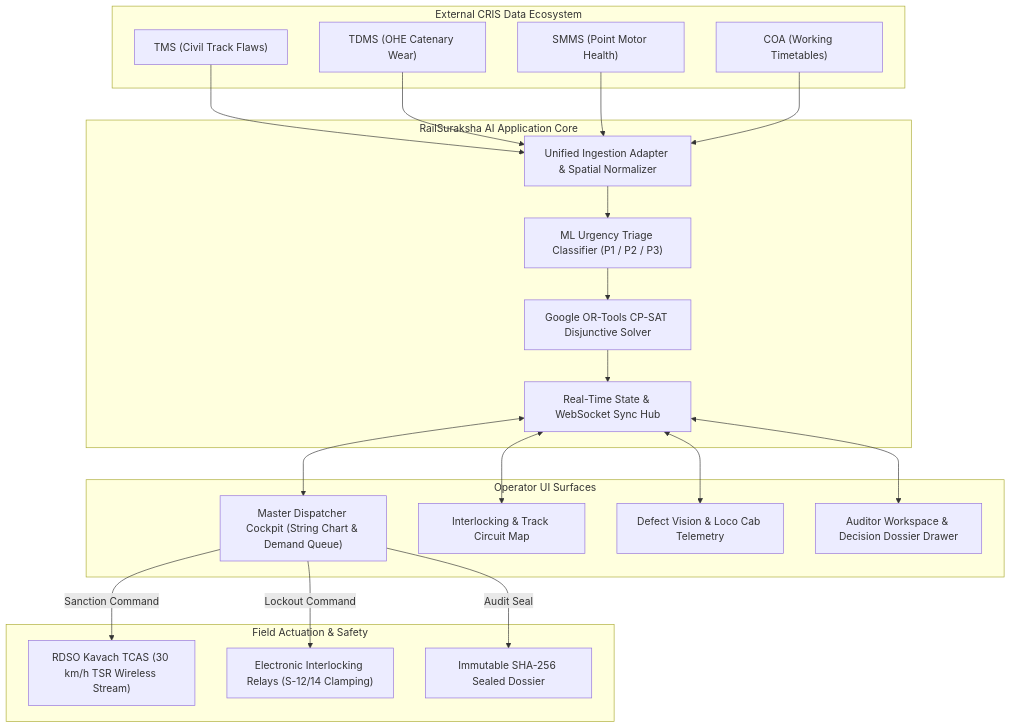
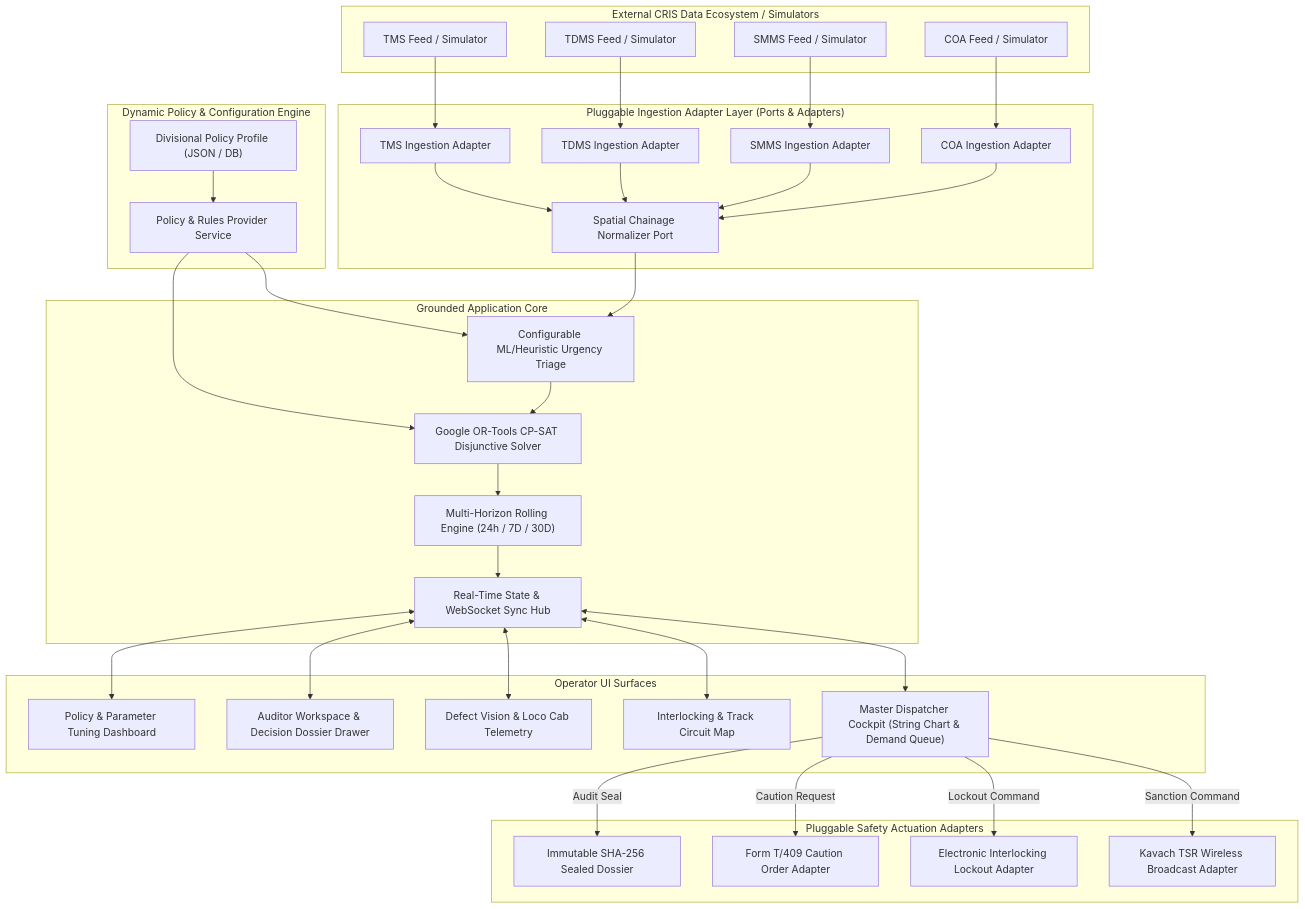
The diagram in docs/05_information_architecture.md (ritam413/RailSuraksha-AI-), drawn with Mermaid before and after one commit. The commit also changed other lines of this file and 368 other files, not shown here.

````diff
--- a/docs/05_information_architecture.md
+++ b/docs/05_information_architecture.md
@@ -49,47 +50,74 @@
 ```mermaid
 graph TD
-    subgraph "External CRIS Data Ecosystem"
-        TMS["TMS (Civil Track Flaws)"]
-        TDMS["TDMS (OHE Catenary Wear)"]
-        SMMS["SMMS (Point Motor Health)"]
-        COA["COA (Working Timetables)"]
+    subgraph "External CRIS Data Ecosystem / Simulators"
+        TMS["TMS Feed / Simulator"]
+        TDMS["TDMS Feed / Simulator"]
+        SMMS["SMMS Feed / Simulator"]
+        COA["COA Feed / Simulator"]
     end
 
-    subgraph "RailSuraksha AI Application Core"
-        Ingest["Unified Ingestion Adapter & Spatial Normalizer"]
-        Triage["ML Urgency Triage Classifier (P1 / P2 / P3)"]
+    subgraph "Pluggable Ingestion Adapter Layer (Ports & Adapters)"
+        TMSAdapter["TMS Ingestion Adapter"]
+        TDMSAdapter["TDMS Ingestion Adapter"]
+        SMMSAdapter["SMMS Ingestion Adapter"]
+        COAAdapter["COA Ingestion Adapter"]
+        Normalizer["Spatial Chainage Normalizer Port"]
+    end
+
+    subgraph "Dynamic Policy & Configuration Engine"
+        PolicyProfile["Divisional Policy Profile (JSON / DB)"]
+        PolicyService["Policy & Rules Provider Service"]
+    end
+
+    subgraph "Grounded Application Core"
+        Triage["Configurable ML/Heuristic Urgency Triage"]
         Solver["Google OR-Tools CP-SAT Disjunctive Solver"]
+        HorizonEngine["Multi-Horizon Rolling Engine (24h / 7D / 30D)"]
         SyncHub["Real-Time State & WebSocket Sync Hub"]
     end
 
     subgraph "Operator UI Surfaces"
         Cockpit["Master Dispatcher Cockpit (String Chart & Demand Queue)"]
         InterlockUI["Interlocking & Track Circuit Map"]
         VisionUI["Defect Vision & Loco Cab Telemetry"]
         AuditorUI["Auditor Workspace & Decision Dossier Drawer"]
+        PolicyUI["Policy & Parameter Tuning Dashboard"]
     end
 
-    subgraph "Field Actuation & Safety"
-        Kavach["RDSO Kavach TCAS (30 km/h TSR Wireless Stream)"]
-        InterlockRelay["Electronic Interlocking Relays (S-12/14 Clamping)"]
+    subgraph "Pluggable Safety Actuation Adapters"
+        KavachAdapter["Kavach TSR Wireless Broadcast Adapter"]
+        InterlockAdapter["Electronic Interlocking Lockout Adapter"]
+        CautionAdapter["Form T/409 Caution Order Adapter"]
         Form14B["Immutable SHA-256 Sealed Dossier"]
     end
 
-    TMS --> Ingest
-    TDMS --> Ingest
-    SMMS --> Ingest
-    COA --> Ingest
+    TMS --> TMSAdapter
+    TDMS --> TDMSAdapter
+    SMMS --> SMMSAdapter
+    COA --> COAAdapter
 
-    Ingest --> Triage
+    TMSAdapter --> Normalizer
+    TDMSAdapter --> Normalizer
+    SMMSAdapter --> Normalizer
+    COAAdapter --> Normalizer
+
+    Normalizer --> Triage
+    PolicyProfile --> PolicyService
+    PolicyService --> Triage
+    PolicyService --> Solver
+
     Triage --> Solver
-    Solver --> SyncHub
+    Solver --> HorizonEngine
+    HorizonEngine --> SyncHub
 
     SyncHub <--> Cockpit
     SyncHub <--> InterlockUI
     SyncHub <--> VisionUI
     SyncHub <--> AuditorUI
+    SyncHub <--> PolicyUI
 
-    Cockpit -->|Sanction Command| Kavach
-    Cockpit -->|Lockout Command| InterlockRelay
+    Cockpit -->|Sanction Command| KavachAdapter
+    Cockpit -->|Lockout Command| InterlockAdapter
+    Cockpit -->|Caution Request| CautionAdapter
     Cockpit -->|Audit Seal| Form14B
 ```
````
